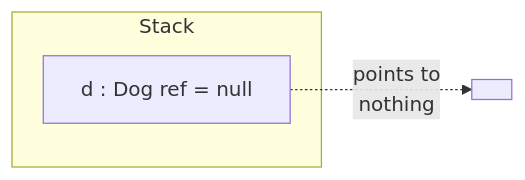
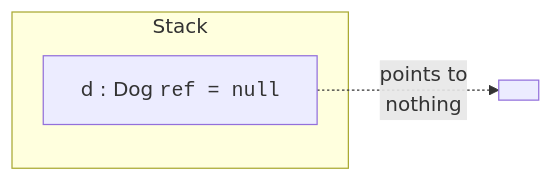
One commit to dataslope/dataslope changed the fourth of 7 diagrams in content/learn/oop-blueprint-java/objects-in-memory.mdx. Above: the diagram before and after it, drawn with Mermaid. The commit also changed 56 other files, not shown here.

````diff
--- a/content/learn/oop-blueprint-java/objects-in-memory.mdx
+++ b/content/learn/oop-blueprint-java/objects-in-memory.mdx
@@ -136,9 +136,9 @@
 ```mermaid
 flowchart LR
     subgraph Stack
-        N["d : Dog ref = null"]
+        N["d : Dog <code>ref = null</code>"]
     end
     subgraph Heap[" "]
     end
     N -.->|points to<br/>nothing| Heap
 ```
````
